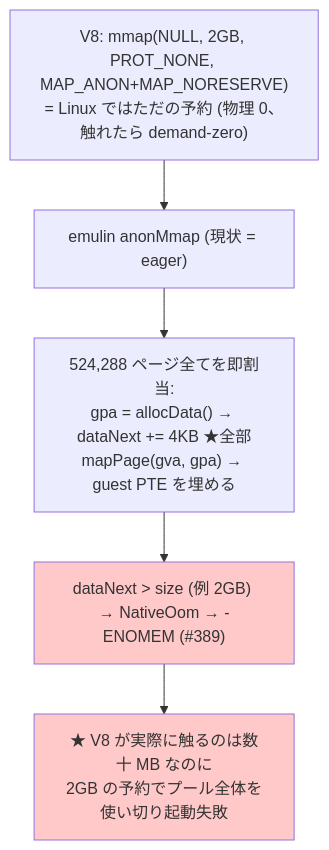
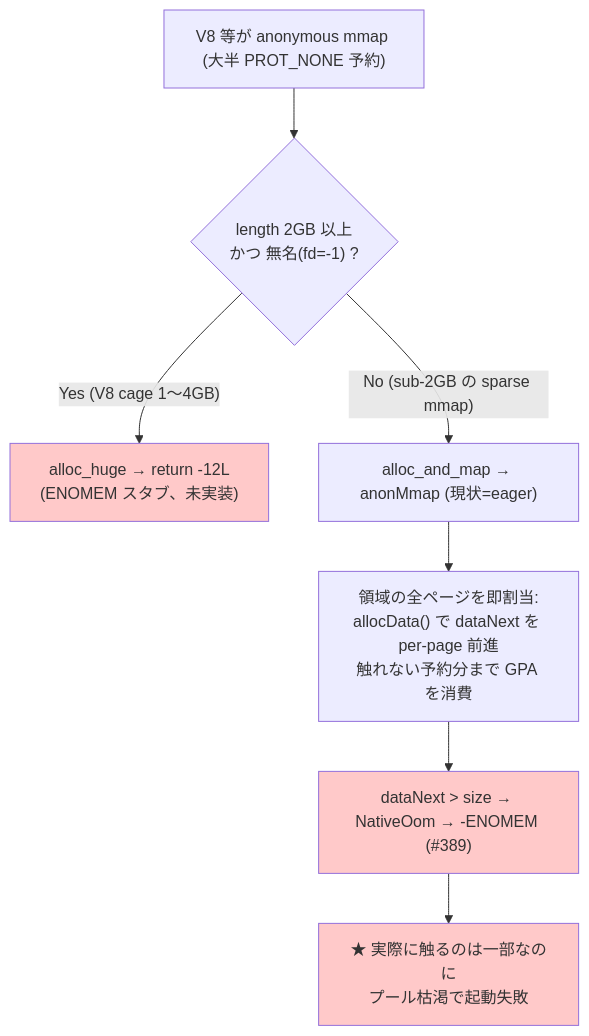
Before and after one commit to kiyoka/Emulin: the second of 6 diagrams in docs/issue392-mmap-demand-paging-design.md, drawn with Mermaid. The commit also changed other lines of this file, not shown here.

First line of the commit message:
issue #392: 設計書を再構成 (TL;DR/用語節新設 + alloc_huge 経路の正確化 + 冗長削減)

````diff
--- a/docs/issue392-mmap-demand-paging-design.md
+++ b/docs/issue392-mmap-demand-paging-design.md
@@ -53,9 +83,12 @@
 ```mermaid
 flowchart TD
-  M["V8: mmap(NULL, 2GB, PROT_NONE, MAP_ANON+MAP_NORESERVE)<br/>= Linux ではただの予約 (物理 0、触れたら demand-zero)"] --> E["emulin anonMmap (現状 = eager)"]
-  E --> L["524,288 ページ全てを即割当:<br/>gpa = allocData() → dataNext += 4KB ★全部<br/>mapPage(gva, gpa) → guest PTE を埋める"]
-  L --> X["dataNext > size (例 2GB) → NativeOom → -ENOMEM (#389)"]
-  X --> R["★ V8 が実際に触るのは数十 MB なのに<br/>2GB の予約でプール全体を使い切り起動失敗"]
+  M["V8 等が anonymous mmap (大半 PROT_NONE 予約)"] --> R0{"length 2GB 以上<br/>かつ 無名(fd=-1) ?"}
+  R0 -->|"Yes (V8 cage 1〜4GB)"| AH["alloc_huge → return -12L<br/>(ENOMEM スタブ、未実装)"]
+  R0 -->|"No (sub-2GB の sparse mmap)"| E["alloc_and_map → anonMmap (現状=eager)"]
+  E --> L["領域の全ページを即割当:<br/>allocData() で dataNext を per-page 前進<br/>触れない予約分まで GPA を消費"]
+  L --> X["dataNext > size → NativeOom → -ENOMEM (#389)"]
+  X --> RR["★ 実際に触るのは一部なのに<br/>プール枯渇で起動失敗"]
+  style AH fill:#ffc9c9
   style X fill:#ffc9c9
-  style R fill:#ffc9c9
+  style RR fill:#ffc9c9
 ```
````
